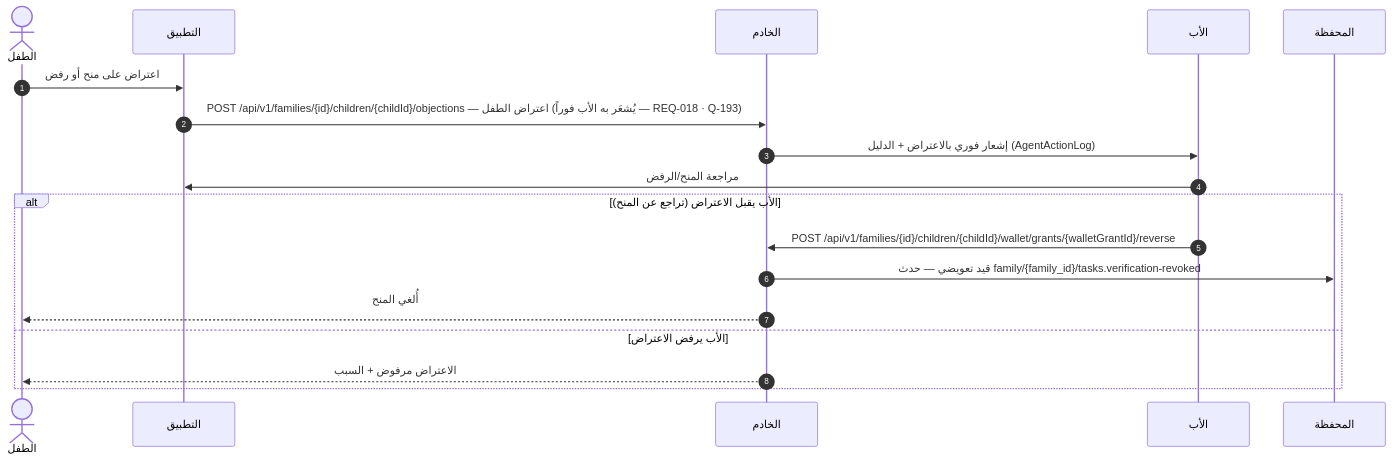
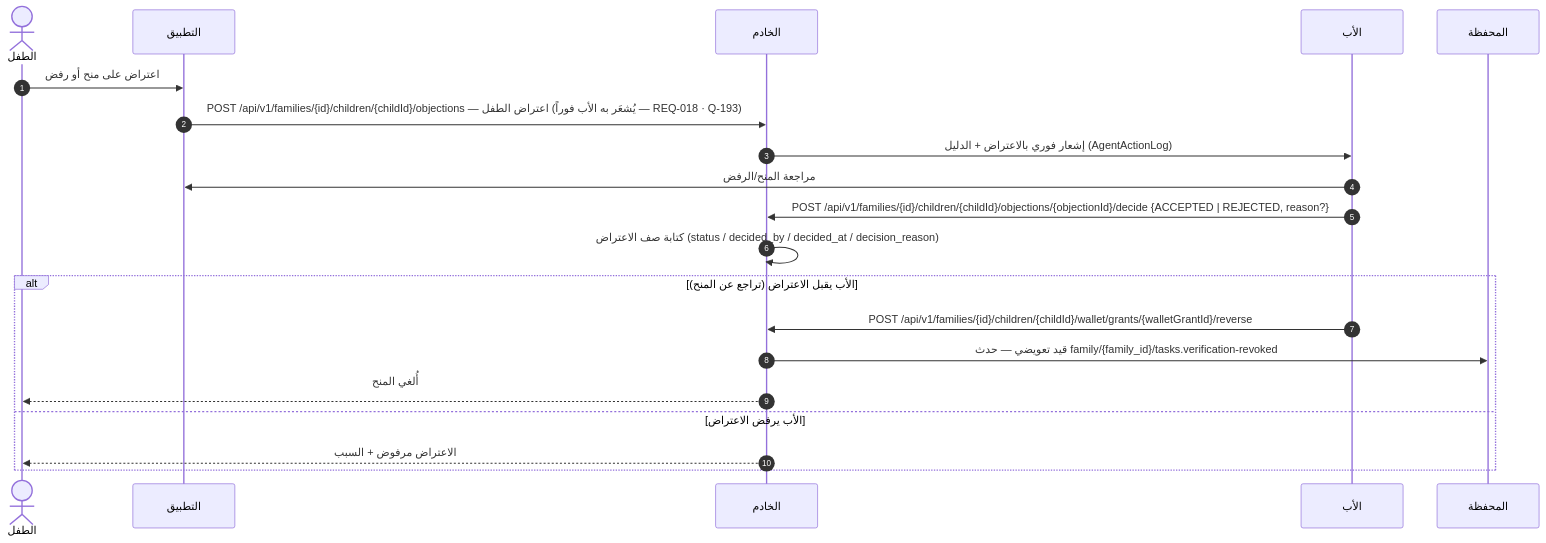
One commit to Bassam-mohammed-alqaeadi/family-os-v2 changed the ninth of 12 diagrams in docs/family-os/governance/phases/phase-1/S1-05-rewards-children/DIAGRAMS.md. Above: the diagram before and after it, drawn with Mermaid. The commit also changed other lines of this file and 3 other files, not shown here.

````diff
--- a/docs/family-os/governance/phases/phase-1/S1-05-rewards-children/DIAGRAMS.md
+++ b/docs/family-os/governance/phases/phase-1/S1-05-rewards-children/DIAGRAMS.md
@@ -374,20 +397,22 @@
 ```mermaid
 sequenceDiagram
     autonumber
     actor Child as الطفل
     participant App as التطبيق
     participant Ktor as الخادم
     participant Father as الأب
     participant Wallet as المحفظة
     Child->>App: اعتراض على منح أو رفض
     App->>Ktor: POST /api/v1/families/{id}/children/{childId}/objections — اعتراض الطفل (يُشعَر به الأب فوراً — REQ-018 · Q-193)
     Ktor->>Father: إشعار فوري بالاعتراض + الدليل (AgentActionLog)
     Father->>App: مراجعة المنح/الرفض
+    Father->>Ktor: POST /api/v1/families/{id}/children/{childId}/objections/{objectionId}/decide {ACCEPTED | REJECTED, reason?}
+    Ktor->>Ktor: كتابة صف الاعتراض (status / decided_by / decided_at / decision_reason)
     alt الأب يقبل الاعتراض (تراجع عن المنح)
         Father->>Ktor: POST /api/v1/families/{id}/children/{childId}/wallet/grants/{walletGrantId}/reverse
         Ktor->>Wallet: قيد تعويضي — حدث family/{family_id}/tasks.verification-revoked
         Ktor-->>Child: أُلغي المنح
     else الأب يرفض الاعتراض
         Ktor-->>Child: الاعتراض مرفوض + السبب
     end
 ```
````
